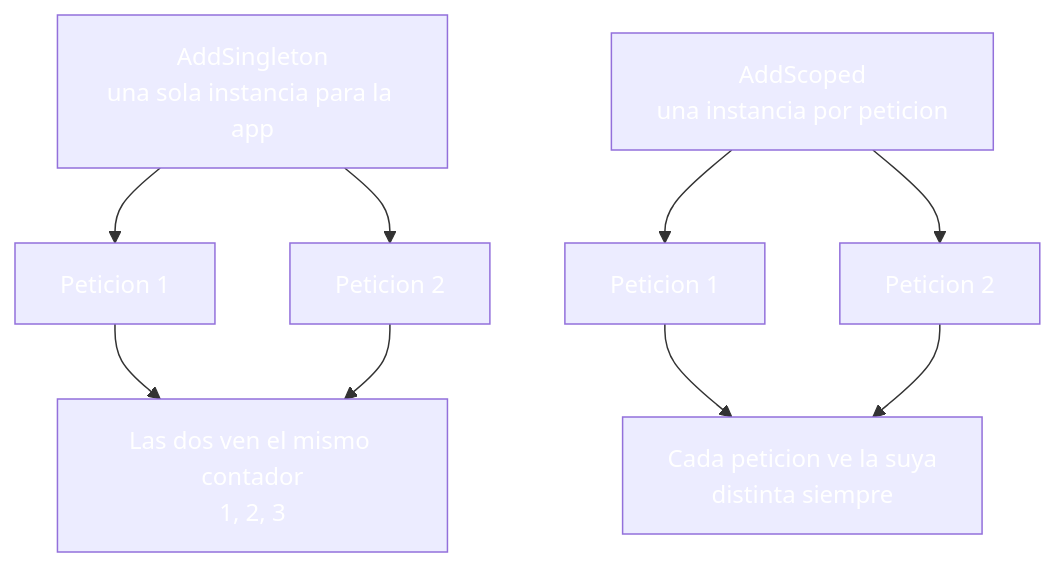
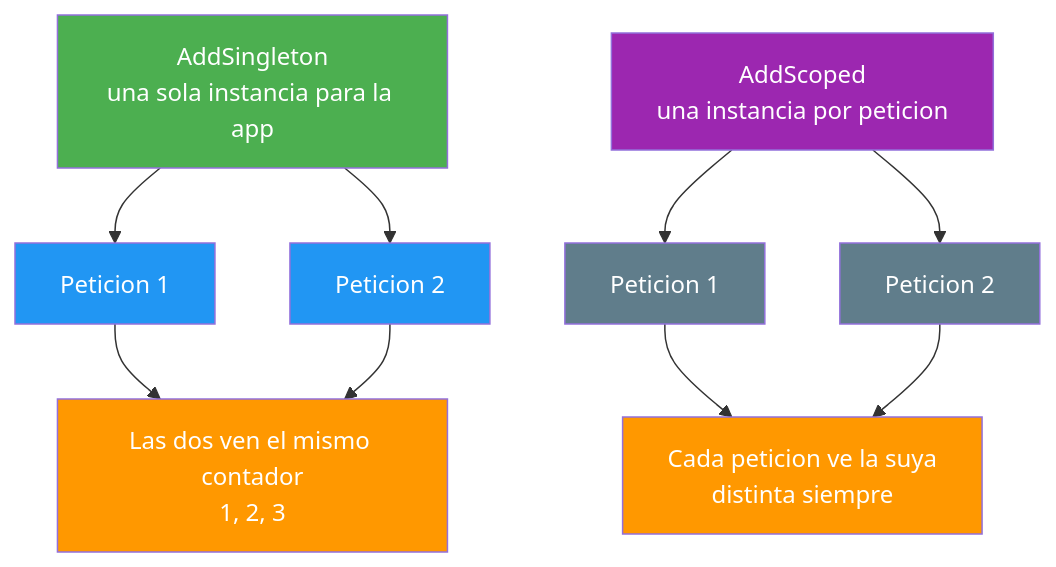
Before and after one commit to joseluisgs/DesarrolloWebEntornosServidor-03-2026-2027: the fourth of 4 diagrams in 17-estado-app.md, drawn with Mermaid. The commit also changed other lines of this file and 25 other files, not shown here.

Commit message:
docs: corregir los estilos Mermaid de los temas y alinear el dominio del tema 25 con ProductosApp

````diff
--- a/17-estado-app.md
+++ b/17-estado-app.md
@@ -318,19 +318,19 @@
 ```mermaid
 graph TD
     S["AddSingleton<br/>una sola instancia para la app"] --> P1["Peticion 1"]
     S --> P2["Peticion 2"]
     P1 --> V["Las dos ven el mismo contador<br/>1, 2, 3"]
     P2 --> V
     A["AddScoped<br/>una instancia por peticion"] --> Q1["Peticion 1"]
     A --> Q2["Peticion 2"]
     Q1 --> W["Cada peticion ve la suya<br/>distinta siempre"]
     Q2 --> W
-    style S fill:#4CAF5,color:#fff0,color:#fff
-    style P1 fill:#2196F,color:#fff3,color:#fff
-    style P2 fill:#2196F,color:#fff3,color:#fff
-    style V fill:#FF980,color:#fff0,color:#fff
-    style A fill:#9C27B,color:#fff0,color:#fff
-    style Q1 fill:#607D8,color:#fffB,color:#fff
-    style Q2 fill:#607D8,color:#fffB,color:#fff
-    style W fill:#FF980,color:#fff0,color:#fff
+    style S fill:#4CAF50,color:#fff
+    style P1 fill:#2196F3,color:#fff
+    style P2 fill:#2196F3,color:#fff
+    style V fill:#FF9800,color:#fff
+    style A fill:#9C27B0,color:#fff
+    style Q1 fill:#607D8B,color:#fff
+    style Q2 fill:#607D8B,color:#fff
+    style W fill:#FF9800,color:#fff
 ```
````
